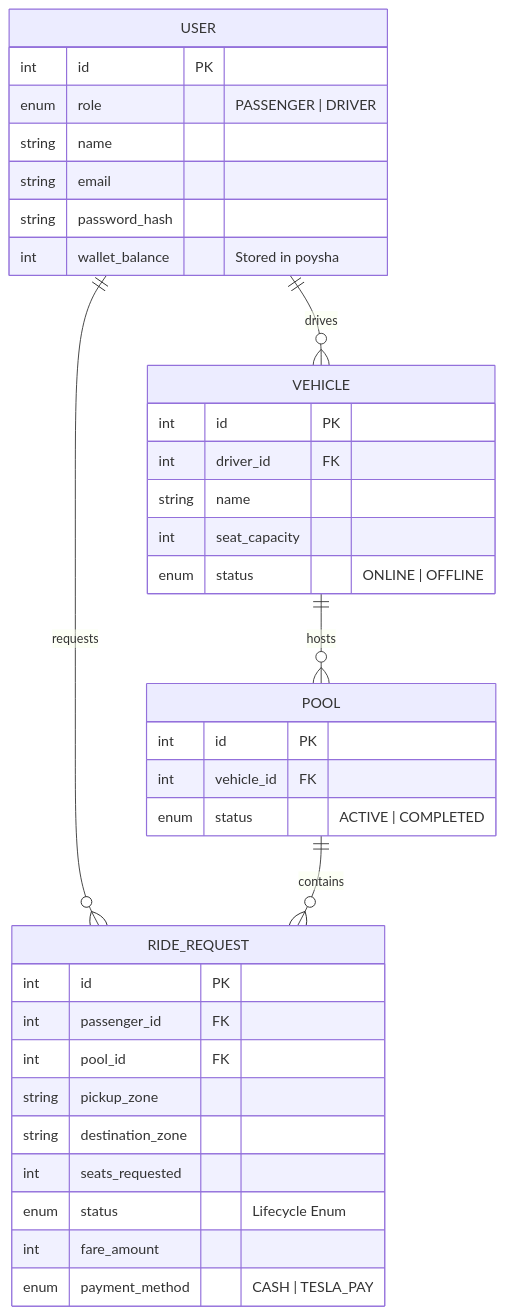
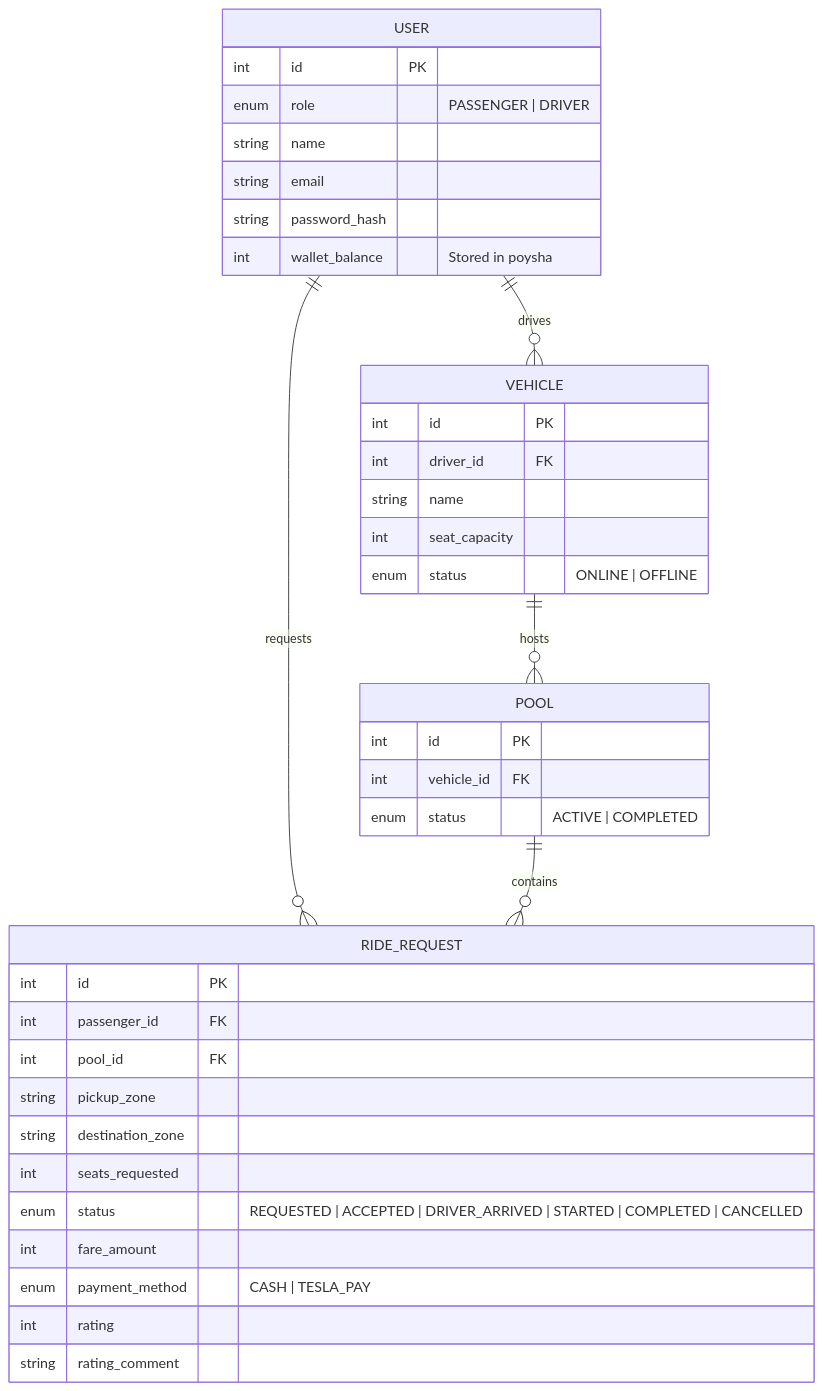
Before and after one commit to CyberSurgeon01/OiTesla: the second of 2 diagrams in README.md, drawn with Mermaid. The commit also changed other lines of this file, not shown here.

Commit message:
docs: completely rewrite README to reflect Next.js serverless architecture, broadcast model, and rating features

````diff
--- a/README.md
+++ b/README.md
@@ -43,39 +39,41 @@
 ```mermaid
 erDiagram
     USER {
         int id PK
         enum role "PASSENGER | DRIVER"
         string name
         string email
         string password_hash
         int wallet_balance "Stored in poysha"
     }
     VEHICLE {
         int id PK
         int driver_id FK
         string name
         int seat_capacity
         enum status "ONLINE | OFFLINE"
     }
     POOL {
         int id PK
         int vehicle_id FK
         enum status "ACTIVE | COMPLETED"
     }
     RIDE_REQUEST {
         int id PK
         int passenger_id FK
         int pool_id FK
         string pickup_zone
         string destination_zone
         int seats_requested
-        enum status "Lifecycle Enum"
+        enum status "REQUESTED | ACCEPTED | DRIVER_ARRIVED | STARTED | COMPLETED | CANCELLED"
         int fare_amount
         enum payment_method "CASH | TESLA_PAY"
+        int rating
+        string rating_comment
     }
 
     USER ||--o{ VEHICLE : "drives"
     USER ||--o{ RIDE_REQUEST : "requests"
     VEHICLE ||--o{ POOL : "hosts"
     POOL ||--o{ RIDE_REQUEST : "contains"
 ```
````
